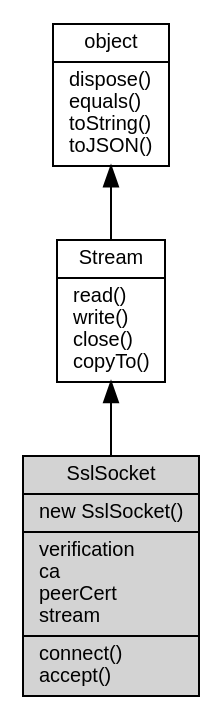
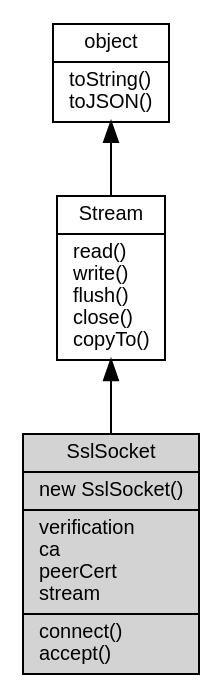
The diagram in docs/object/ifs/SslSocket.md (asionius/fibjs-ceph), drawn with Graphviz before and after one commit. The commit also changed other lines of this file and 138 other files, not shown here.

````diff
--- a/docs/object/ifs/SslSocket.md
+++ b/docs/object/ifs/SslSocket.md
@@ -11,12 +11,12 @@
 ```dot
 digraph {
     node [fontname="Helvetica,sans-Serif", fontsize=10, shape="record", style="filled", fillcolor="white"];
 
-    object [tooltip="object", URL="object.md", label="{object|dispose()\lequals()\ltoString()\ltoJSON()\l}"];
-    Stream [tooltip="Stream", URL="Stream.md", label="{Stream|read()\lwrite()\lclose()\lcopyTo()\l}"];
-    SslSocket [tooltip="SslSocket", fillcolor="lightgray", label="{SslSocket|new SslSocket()\l|verification\lca\lpeerCert\lstream\l|connect()\laccept()\l}"];
+    object [tooltip="object", URL="object.md", label="{object|toString()\ltoJSON()\l}"];
+    Stream [tooltip="Stream", URL="Stream.md", label="{Stream|read()\lwrite()\lflush()\lclose()\lcopyTo()\l}"];
+    SslSocket [tooltip="SslSocket", fillcolor="lightgray", id="me", label="{SslSocket|new SslSocket()\l|verification\lca\lpeerCert\lstream\l|connect()\laccept()\l}"];
 
     object -> Stream [dir=back];
     Stream -> SslSocket [dir=back];
 }
 ```
````
